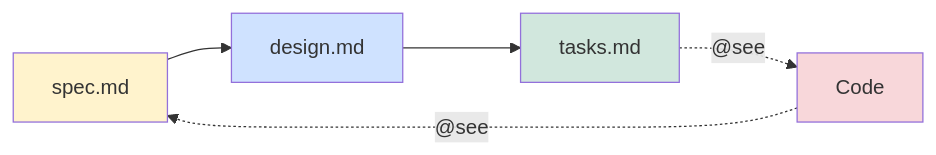
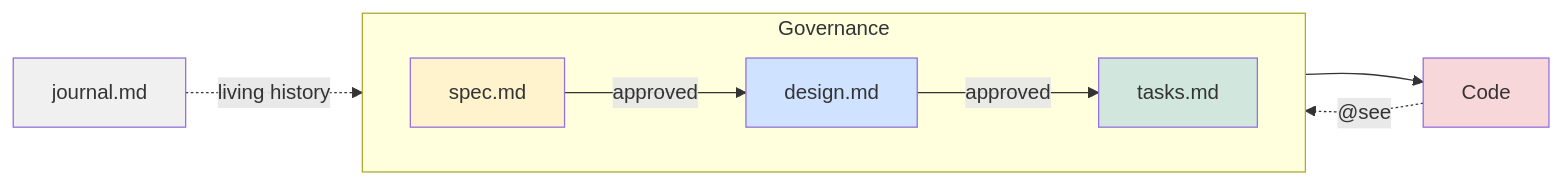
One commit to AgenticFlowX/afx changed the first of 3 diagrams in README.md. Above: the diagram before and after it, drawn with Mermaid. The commit also changed other lines of this file and 8 other files, not shown here.

````diff
--- a/README.md
+++ b/README.md
@@ -75,12 +26,17 @@
 ```mermaid
-graph LR
-    A[spec.md] --> B[design.md]
-    B --> C[tasks.md]
-    C -. "@see" .-> D[Code]
-    D -. "@see" .-> A
+flowchart LR
+    subgraph gov ["Governance"]
+        direction LR
+        A[spec.md] -->|approved| B[design.md]
+        B -->|approved| C[tasks.md]
+    end
+    C --> D[Code]
+    D -.->|"@see"| A
+    J[journal.md] -.->|"living history"| gov
 
     style A fill:#fff3cd
     style B fill:#cfe2ff
     style C fill:#d1e7dd
     style D fill:#f8d7da
+    style J fill:#f0f0f0
 ```
````
